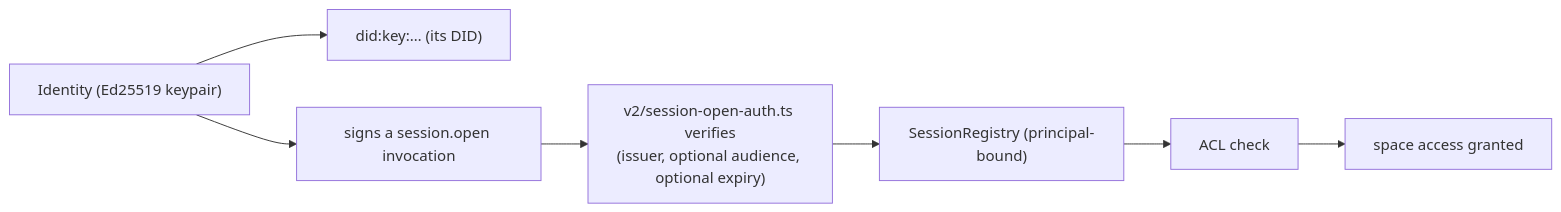
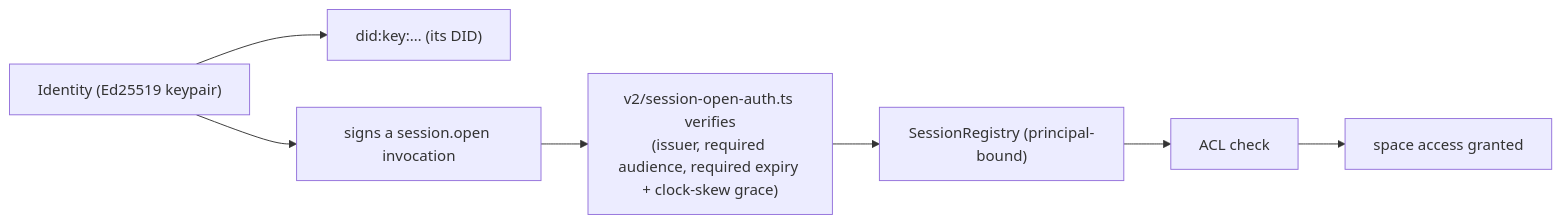
One commit to commontoolsinc/labs changed the fifth of 5 diagrams in docs/development/orientation/storage-substrate.md. Above: the diagram before and after it, drawn with Mermaid. The commit also changed other lines of this file and 8 other files, not shown here.

````diff
--- a/docs/development/orientation/storage-substrate.md
+++ b/docs/development/orientation/storage-substrate.md
@@ -206,13 +207,13 @@
 ```mermaid
 flowchart LR
     id["Identity (Ed25519 keypair)"]
     did["did:key:… (its DID)"]
     sign["signs a session.open invocation"]
-    verify["v2/session-open-auth.ts verifies<br/>(issuer, optional audience, optional expiry)"]
+    verify["v2/session-open-auth.ts verifies<br/>(issuer, required audience, required expiry + clock-skew grace)"]
     reg["SessionRegistry (principal-bound)"]
     acl["ACL check"]
     space["space access granted"]
 
     id --> did
     id --> sign --> verify --> reg --> acl --> space
 ```
````
